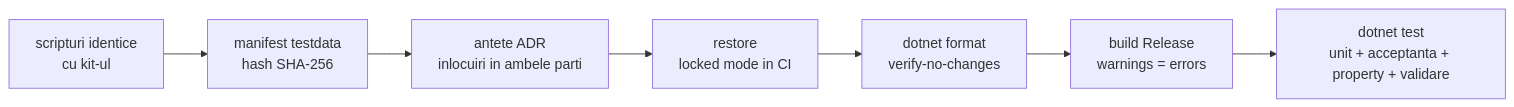
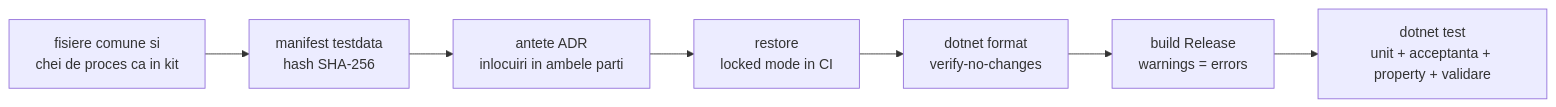
One commit to tcarean/AstroDarkroom changed the first of 2 diagrams in ClaudeCodeStarterKit/GHID.md. Above: the diagram before and after it, drawn with Mermaid. The commit also changed other lines of this file and 12 other files, not shown here.

````diff
--- a/ClaudeCodeStarterKit/GHID.md
+++ b/ClaudeCodeStarterKit/GHID.md
@@ -91,9 +95,9 @@
 ```mermaid
 flowchart LR
-  K[scripturi identice<br/>cu kit-ul] --> A[manifest testdata<br/>hash SHA-256]
+  K[fisiere comune si<br/>chei de proces ca in kit] --> A[manifest testdata<br/>hash SHA-256]
   A --> AD[antete ADR<br/>inlocuiri in ambele parti]
   AD --> B[restore<br/>locked mode in CI]
   B --> C[dotnet format<br/>verify-no-changes]
   C --> D[build Release<br/>warnings = errors]
   D --> E[dotnet test<br/>unit + acceptanta + property + validare]
 ```
````
